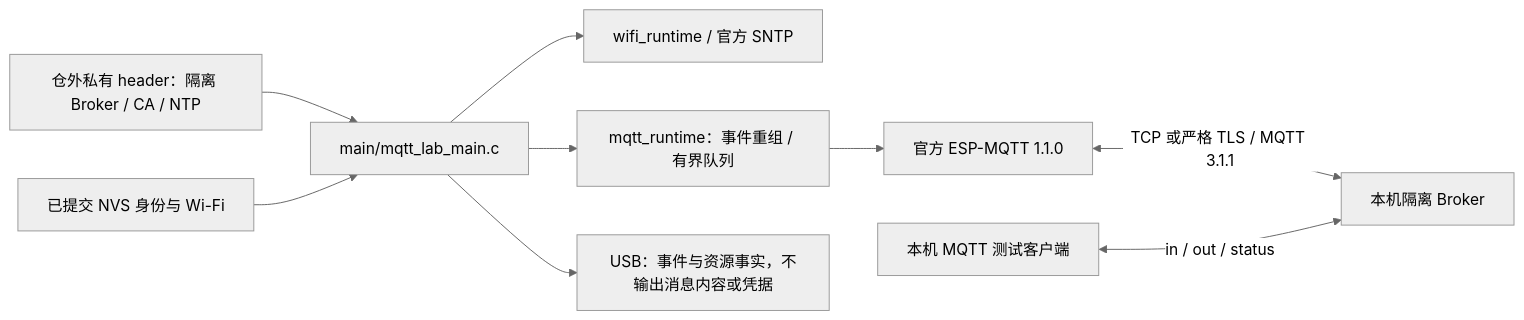
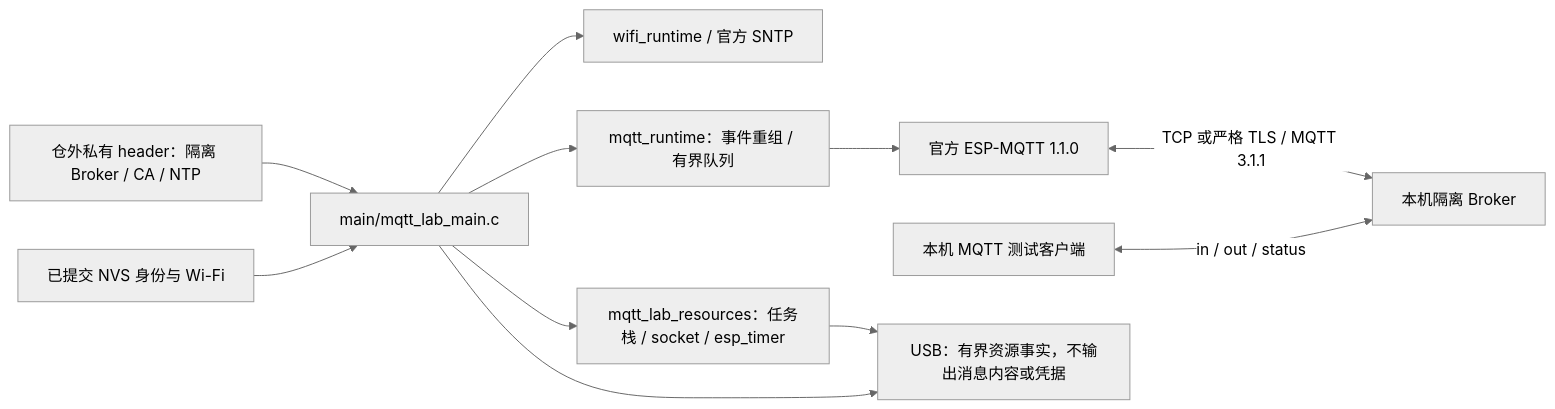
One commit to darren-you/esp-base changed the diagram in firmware/apps/mqtt_integration/README.md. Above: the diagram before and after it, drawn with Mermaid (neutral theme). The commit also changed other lines of this file and 26 other files, not shown here.

````diff
--- a/firmware/apps/mqtt_integration/README.md
+++ b/firmware/apps/mqtt_integration/README.md
@@ -7,11 +7,13 @@
 ```mermaid
 flowchart LR
     input["仓外私有 header：隔离 Broker / CA / NTP"] --> app["main/mqtt_lab_main.c"]
     store["已提交 NVS 身份与 Wi-Fi"] --> app
     app --> wifi["wifi_runtime / 官方 SNTP"]
     app --> runtime["mqtt_runtime：事件重组 / 有界队列"]
     runtime --> sdk["官方 ESP-MQTT 1.1.0"]
     sdk <-->|"TCP 或严格 TLS / MQTT 3.1.1"| broker["本机隔离 Broker"]
     test["本机 MQTT 测试客户端"] <-->|"in / out / status"| broker
-    app --> usb["USB：事件与资源事实，不输出消息内容或凭据"]
+    app --> resources["mqtt_lab_resources：任务栈 / socket / esp_timer"]
+    resources --> usb["USB：有界资源事实，不输出消息内容或凭据"]
+    app --> usb
 ```
````
